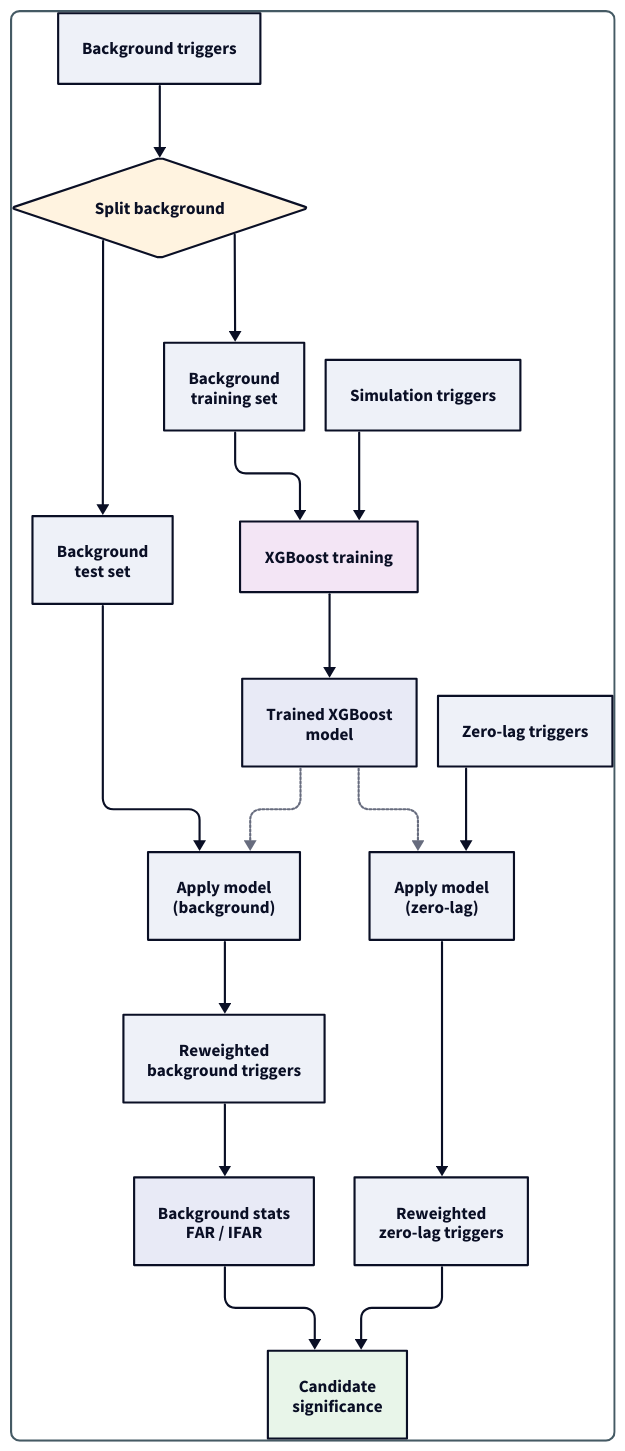
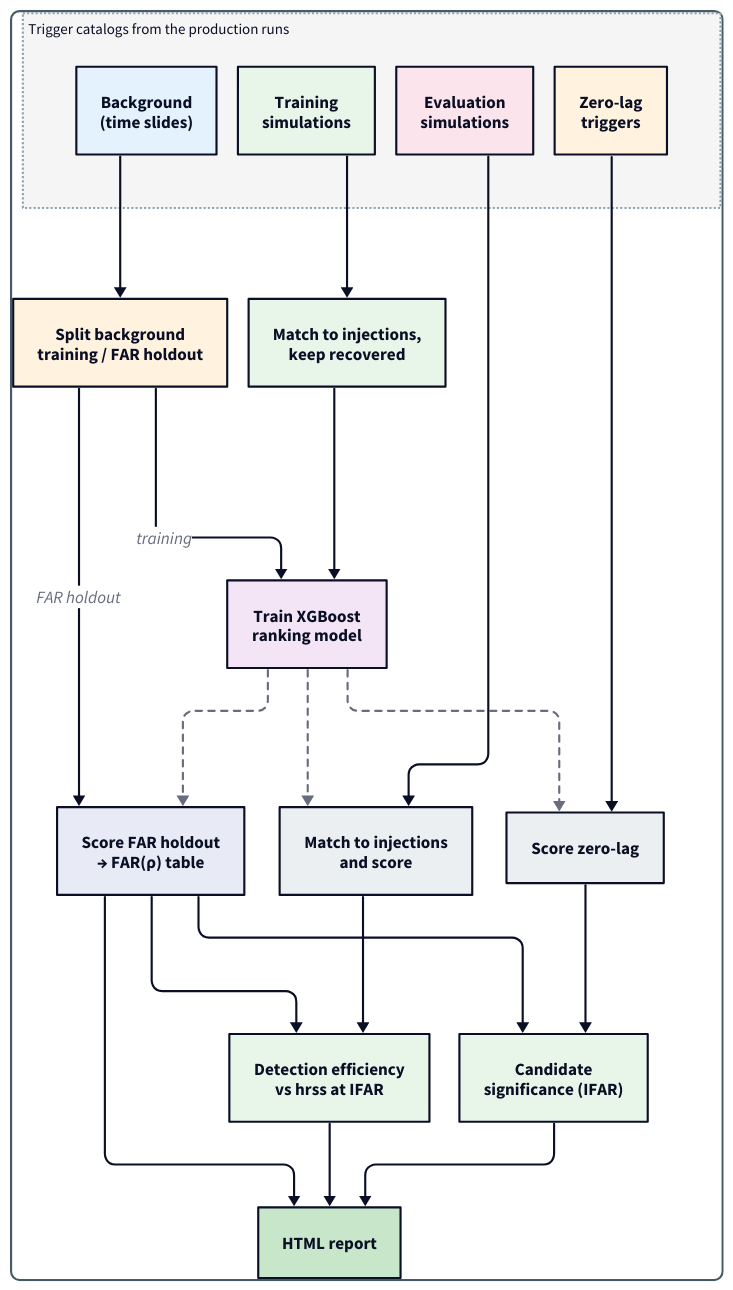
One commit to PycWB/pycwb changed the diagram in docs/source/_static/diagrams/postproduction.d2. Above: the diagram before and after it, drawn with D2. The commit also changed 22 other files, not shown here.

Commit message:
docs: refresh workflow diagrams and their renderer

```diff
--- a/docs/source/_static/diagrams/postproduction.d2
+++ b/docs/source/_static/diagrams/postproduction.d2
@@ -1,44 +1,66 @@
+# Postproduction ranking and significance (postproduction.rst).
+# Mirrors examples/postproduction/standard_analysis_10pct_workflow.yaml.
 direction: down
 
 vars: {
   d2-config: {
     layout-engine: elk
     theme-id: 1
+    pad: 24
   }
 }
 
 style: {
   fill: "#ffffff"
   stroke: "#455a64"
   stroke-width: 2
   border-radius: 8
   font-color: "#263238"
   font-size: 13
   shadow: true
 }
 
-"Background triggers" -> "Split background": {style.stroke-width: 2}
-"Split background" -> "Background\ntraining set"
-"Split background" -> "Background\ntest set"
-"Split background".shape: diamond
-"Split background".style.fill: "#fff3e0"
+inputs: "Trigger catalogs from the production runs" {
+  label.near: top-left
+  style.font-size: 14
+  style.fill: "#f5f5f5"
+  style.stroke: "#90a4ae"
+  style.stroke-dash: 1
 
-"Simulation triggers" -> "XGBoost training": {style.stroke-width: 2}
-"Background\ntraining set" -> "XGBoost training"
-"XGBoost training" -> "Trained XGBoost\nmodel"
-"XGBoost training".style.fill: "#f3e5f5"
-"Trained XGBoost\nmodel".style.fill: "#e8eaf6"
+  background: "Background\n(time slides)" {style.fill: "#e3f2fd"}
+  training_sim: "Training\nsimulations" {style.fill: "#e8f5e9"}
+  evaluation_sim: "Evaluation\nsimulations" {style.fill: "#fce4ec"}
+  zero_lag: "Zero-lag\ntriggers" {style.fill: "#fff3e0"}
+}
 
-"Zero-lag triggers" -> "Apply model\n(zero-lag)": {style.stroke-width: 2}
-"Background\ntest set" -> "Apply model\n(background)"
-"Trained XGBoost\nmodel" -> "Apply model\n(zero-lag)": {style.stroke-dash: 1}
-"Trained XGBoost\nmodel" -> "Apply model\n(background)": {style.stroke-dash: 1}
+split: "Split background\ntraining / FAR holdout" {style.fill: "#fff3e0"}
+match_train: "Match to injections,\nkeep recovered" {style.fill: "#e8f5e9"}
+train: "Train XGBoost\nranking model" {style.fill: "#f3e5f5"}
+far: "Score FAR holdout\n→ FAR(ρ) table" {style.fill: "#e8eaf6"}
+match_eval: "Match to injections\nand score" {style.fill: "#eceff1"}
+score_zero: "Score zero-lag" {style.fill: "#eceff1"}
+efficiency: "Detection efficiency\nvs hrss at IFAR" {style.fill: "#e8f5e9"}
+significance: "Candidate\nsignificance (IFAR)" {style.fill: "#e8f5e9"}
+report: "HTML report" {style.fill: "#c8e6c9"}
 
-"Apply model\n(zero-lag)" -> "Reweighted\nzero-lag triggers"
-"Apply model\n(background)" -> "Reweighted\nbackground triggers"
+inputs.background -> split
+inputs.training_sim -> match_train
+inputs.evaluation_sim -> match_eval
+inputs.zero_lag -> score_zero
 
-"Reweighted\nbackground triggers" -> "Background stats\nFAR / IFAR": {style.stroke-width: 2}
-"Background stats\nFAR / IFAR" -> "Candidate\nsignificance"
-"Reweighted\nzero-lag triggers" -> "Candidate\nsignificance"
-"Background stats\nFAR / IFAR".style.fill: "#e8eaf6"
-"Candidate\nsignificance".style.fill: "#e8f5e9"
+split -> train: "training"
+match_train -> train
+split -> far: "FAR holdout"
+
+train -> far: {style.stroke-dash: 3}
+train -> match_eval: {style.stroke-dash: 3}
+train -> score_zero: {style.stroke-dash: 3}
+
+match_eval -> efficiency
+far -> efficiency
+score_zero -> significance
+far -> significance
+
+efficiency -> report
+significance -> report
+far -> report
```
